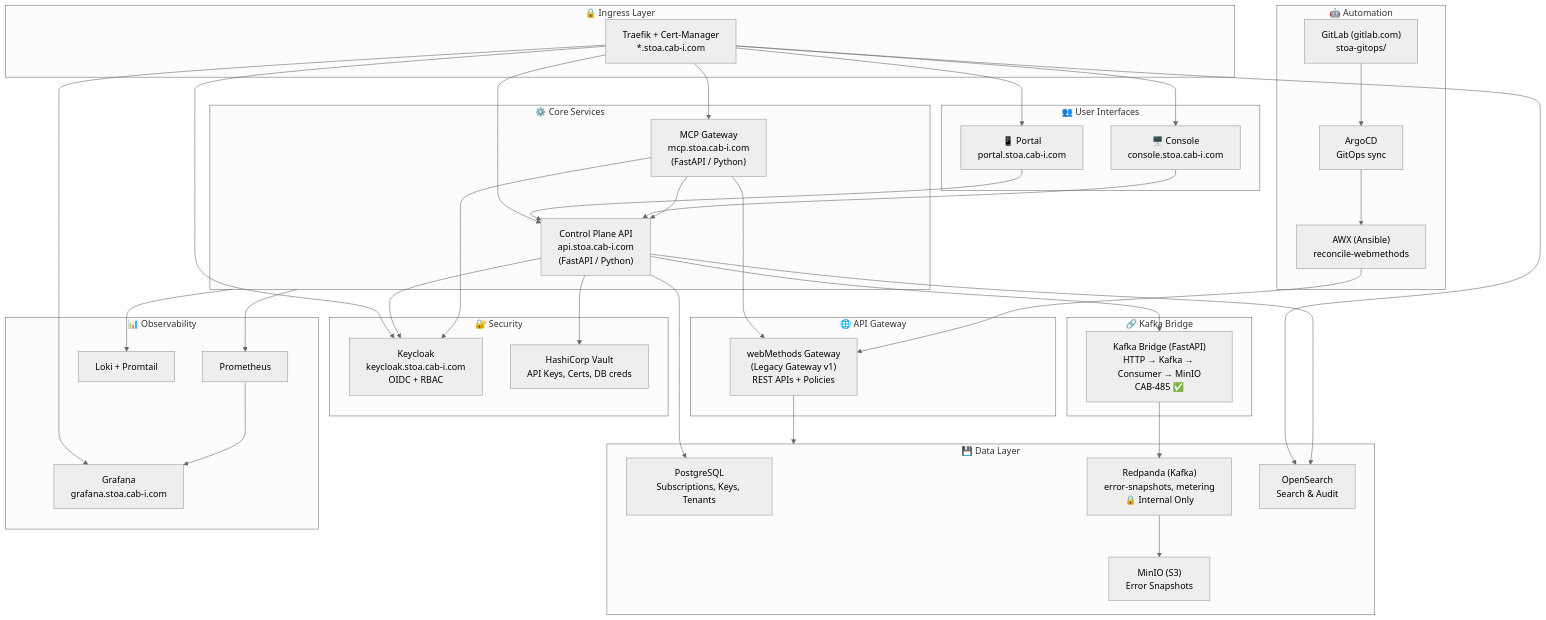
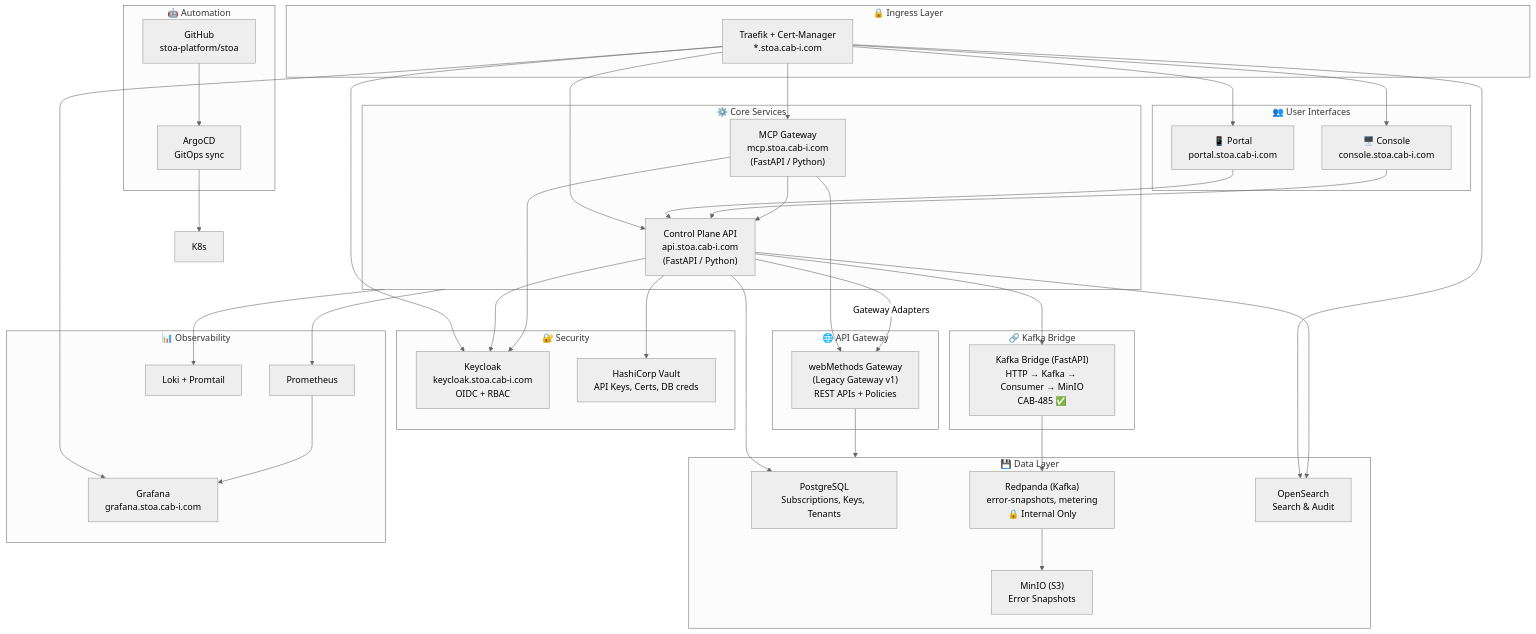
Before and after one commit to stoa-platform/stoa-docs: the first of 4 diagrams in docs/architecture/architecture-overview.md, drawn with Mermaid (neutral theme). The commit also changed other lines of this file and 6 other files, not shown here.

First line of the commit message:
docs: remove AWX references, update gateway adapter documentation (CAB-1138)

````diff
--- a/docs/architecture/architecture-overview.md
+++ b/docs/architecture/architecture-overview.md
@@ -25,60 +25,60 @@
 ```mermaid
 flowchart TB
     subgraph Ingress["🔒 Ingress Layer"]
         Traefik["Traefik + Cert-Manager<br/>*.stoa.cab-i.com"]
     end
 
     subgraph UIs["👥 User Interfaces"]
         Portal["📱 Portal<br/>portal.stoa.cab-i.com"]
         Console["🖥️ Console<br/>console.stoa.cab-i.com"]
     end
 
     subgraph Core["⚙️ Core Services"]
         API["Control Plane API<br/>api.stoa.cab-i.com<br/>(FastAPI / Python)"]
         MCP["MCP Gateway<br/>mcp.stoa.cab-i.com<br/>(FastAPI / Python)"]
     end
 
     subgraph Auth["🔐 Security"]
         KC["Keycloak<br/>keycloak.stoa.cab-i.com<br/>OIDC + RBAC"]
         Vault["HashiCorp Vault<br/>API Keys, Certs, DB creds"]
     end
 
     subgraph Gateway["🌐 API Gateway"]
         wM["webMethods Gateway<br/>(Legacy Gateway v1)<br/>REST APIs + Policies"]
     end
 
     subgraph Data["💾 Data Layer"]
         PG["PostgreSQL<br/>Subscriptions, Keys, Tenants"]
         Kafka["Redpanda (Kafka)<br/>error-snapshots, metering<br/>🔒 Internal Only"]
         OS["OpenSearch<br/>Search & Audit"]
         MinIO["MinIO (S3)<br/>Error Snapshots"]
     end
 
     subgraph Bridge["🔗 Kafka Bridge"]
         KB["Kafka Bridge (FastAPI)<br/>HTTP → Kafka → Consumer → MinIO<br/>CAB-485 ✅"]
     end
 
     subgraph Obs["📊 Observability"]
         Prom["Prometheus"]
         Graf["Grafana<br/>grafana.stoa.cab-i.com"]
         Loki["Loki + Promtail"]
     end
 
     subgraph Auto["🤖 Automation"]
-        AWX["AWX (Ansible)<br/>reconcile-webmethods"]
-        GitLab["GitLab (gitlab.com)<br/>stoa-gitops/"]
+        GitHub["GitHub<br/>stoa-platform/stoa"]
         Argo["ArgoCD<br/>GitOps sync"]
     end
 
     Traefik --> Portal & Console & API & MCP & KC & Graf & OS
     Portal --> API
     Console --> API
     API --> KC & Vault & PG & OS
     MCP --> KC & API & wM
     wM --> Data
     API --> KB
     KB --> Kafka --> MinIO
-    GitLab --> Argo --> AWX --> wM
+    GitHub --> Argo --> K8s
+    API -->|"Gateway Adapters"| wM
     Core --> Prom --> Graf
     Core --> Loki
 ```
````
